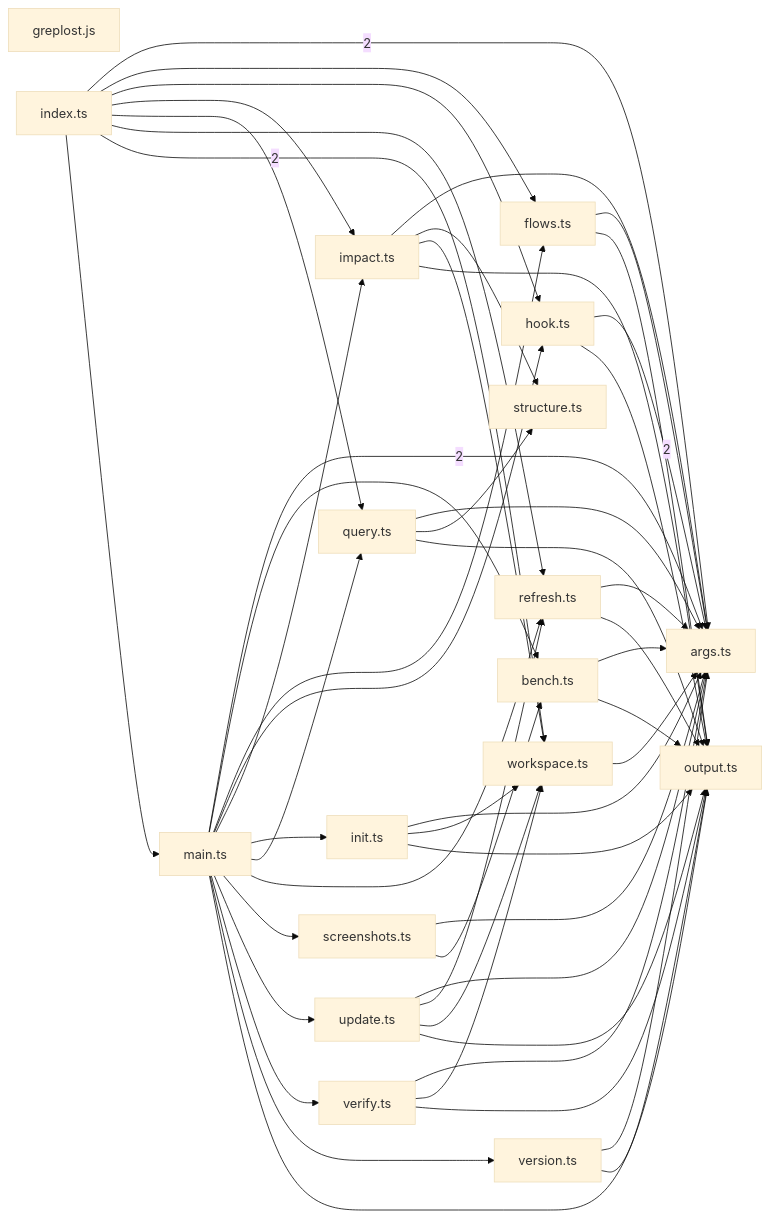
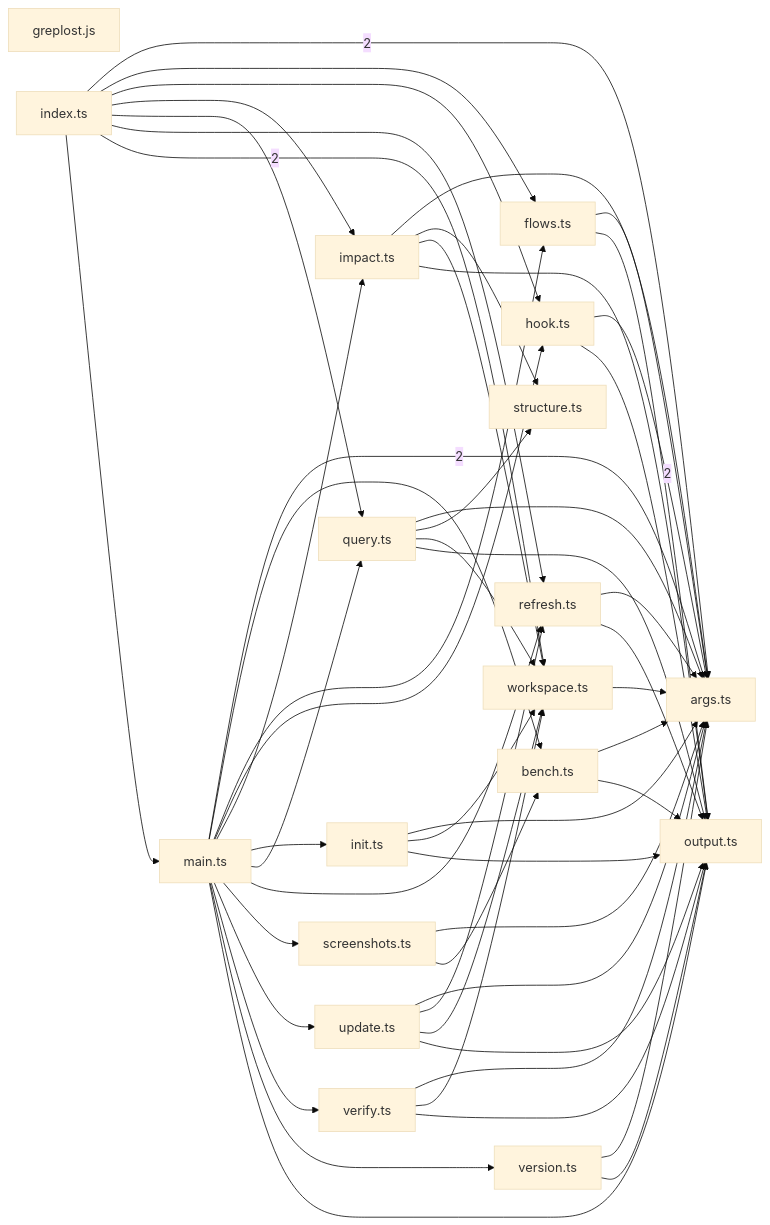
Before and after one commit to sns45/greplost: the diagram in .greplost/packages/greplost/MAP.md, drawn with Mermaid (base theme). The commit also changed other lines of this file and 79 other files, not shown here.

````diff
--- a/.greplost/packages/greplost/MAP.md
+++ b/.greplost/packages/greplost/MAP.md
@@ -58,72 +58,73 @@
 ```mermaid
 graph LR
   packages_cli_bin_greplost_js["greplost.js"]
   packages_cli_src_args_ts["args.ts"]
   packages_cli_src_commands_bench_ts["bench.ts"]
   packages_cli_src_commands_flows_ts["flows.ts"]
   packages_cli_src_commands_hook_ts["hook.ts"]
   packages_cli_src_commands_impact_ts["impact.ts"]
   packages_cli_src_commands_init_ts["init.ts"]
   packages_cli_src_commands_query_ts["query.ts"]
   packages_cli_src_commands_refresh_ts["refresh.ts"]
   packages_cli_src_commands_screenshots_ts["screenshots.ts"]
   packages_cli_src_commands_structure_ts["structure.ts"]
   packages_cli_src_commands_update_ts["update.ts"]
   packages_cli_src_commands_verify_ts["verify.ts"]
   packages_cli_src_commands_version_ts["version.ts"]
   packages_cli_src_commands_workspace_ts["workspace.ts"]
   packages_cli_src_index_ts["index.ts"]
   packages_cli_src_main_ts["main.ts"]
   packages_cli_src_output_ts["output.ts"]
   packages_cli_src_commands_bench_ts --> packages_cli_src_args_ts
   packages_cli_src_commands_bench_ts --> packages_cli_src_output_ts
   packages_cli_src_commands_flows_ts --> packages_cli_src_args_ts
   packages_cli_src_commands_flows_ts --> packages_cli_src_output_ts
   packages_cli_src_commands_hook_ts -->|2| packages_cli_src_args_ts
   packages_cli_src_commands_hook_ts --> packages_cli_src_output_ts
   packages_cli_src_commands_impact_ts --> packages_cli_src_args_ts
   packages_cli_src_commands_impact_ts --> packages_cli_src_commands_structure_ts
   packages_cli_src_commands_impact_ts --> packages_cli_src_commands_workspace_ts
   packages_cli_src_commands_impact_ts --> packages_cli_src_output_ts
   packages_cli_src_commands_init_ts --> packages_cli_src_args_ts
   packages_cli_src_commands_init_ts --> packages_cli_src_commands_workspace_ts
   packages_cli_src_commands_init_ts --> packages_cli_src_output_ts
   packages_cli_src_commands_query_ts --> packages_cli_src_args_ts
   packages_cli_src_commands_query_ts --> packages_cli_src_commands_structure_ts
+  packages_cli_src_commands_query_ts --> packages_cli_src_commands_workspace_ts
   packages_cli_src_commands_query_ts --> packages_cli_src_output_ts
   packages_cli_src_commands_refresh_ts --> packages_cli_src_args_ts
   packages_cli_src_commands_refresh_ts --> packages_cli_src_output_ts
   packages_cli_src_commands_screenshots_ts --> packages_cli_src_args_ts
   packages_cli_src_commands_screenshots_ts --> packages_cli_src_commands_bench_ts
   packages_cli_src_commands_update_ts --> packages_cli_src_args_ts
   packages_cli_src_commands_update_ts --> packages_cli_src_commands_refresh_ts
   packages_cli_src_commands_update_ts --> packages_cli_src_commands_workspace_ts
   packages_cli_src_commands_update_ts --> packages_cli_src_output_ts
   packages_cli_src_commands_verify_ts --> packages_cli_src_args_ts
   packages_cli_src_commands_verify_ts --> packages_cli_src_commands_workspace_ts
   packages_cli_src_commands_verify_ts --> packages_cli_src_output_ts
   packages_cli_src_commands_version_ts --> packages_cli_src_args_ts
   packages_cli_src_commands_version_ts --> packages_cli_src_output_ts
   packages_cli_src_commands_workspace_ts --> packages_cli_src_args_ts
   packages_cli_src_index_ts -->|2| packages_cli_src_args_ts
   packages_cli_src_index_ts --> packages_cli_src_commands_flows_ts
   packages_cli_src_index_ts --> packages_cli_src_commands_hook_ts
   packages_cli_src_index_ts --> packages_cli_src_commands_impact_ts
   packages_cli_src_index_ts --> packages_cli_src_commands_query_ts
   packages_cli_src_index_ts --> packages_cli_src_commands_refresh_ts
   packages_cli_src_index_ts -->|2| packages_cli_src_commands_workspace_ts
   packages_cli_src_index_ts --> packages_cli_src_main_ts
   packages_cli_src_main_ts -->|2| packages_cli_src_args_ts
   packages_cli_src_main_ts --> packages_cli_src_commands_bench_ts
   packages_cli_src_main_ts --> packages_cli_src_commands_flows_ts
   packages_cli_src_main_ts --> packages_cli_src_commands_hook_ts
   packages_cli_src_main_ts --> packages_cli_src_commands_impact_ts
   packages_cli_src_main_ts --> packages_cli_src_commands_init_ts
   packages_cli_src_main_ts --> packages_cli_src_commands_query_ts
   packages_cli_src_main_ts --> packages_cli_src_commands_refresh_ts
   packages_cli_src_main_ts --> packages_cli_src_commands_screenshots_ts
   packages_cli_src_main_ts --> packages_cli_src_commands_update_ts
   packages_cli_src_main_ts --> packages_cli_src_commands_verify_ts
   packages_cli_src_main_ts --> packages_cli_src_commands_version_ts
   packages_cli_src_main_ts --> packages_cli_src_output_ts
 ```
````
